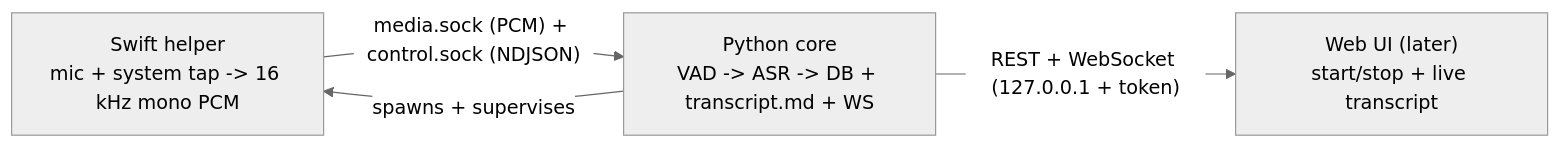
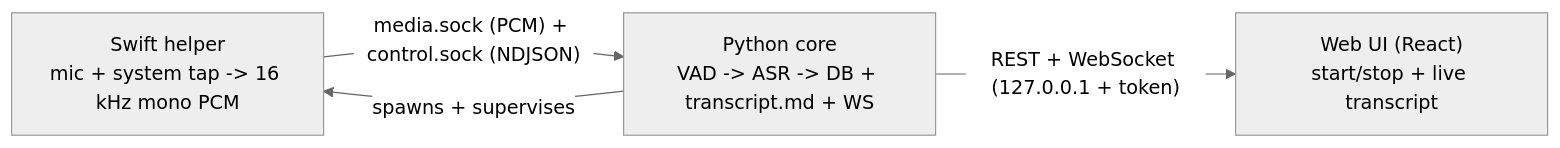
One commit to rwiseman87/hearsay changed the diagram in README.md. Above: the diagram before and after it, drawn with Mermaid (neutral theme). The commit also changed other lines of this file and 42 other files, not shown here.

````diff
--- a/README.md
+++ b/README.md
@@ -23,9 +24,9 @@
 ```mermaid
 flowchart LR
   Helper["Swift helper\nmic + system tap -> 16 kHz mono PCM"]
   Core["Python core\nVAD -> ASR -> DB + transcript.md + WS"]
-  UI["Web UI (later)\nstart/stop + live transcript"]
+  UI["Web UI (React)\nstart/stop + live transcript"]
   Core -- "spawns + supervises" --> Helper
   Helper -- "media.sock (PCM) + control.sock (NDJSON)" --> Core
   Core -- "REST + WebSocket (127.0.0.1 + token)" --> UI
 ```
````
